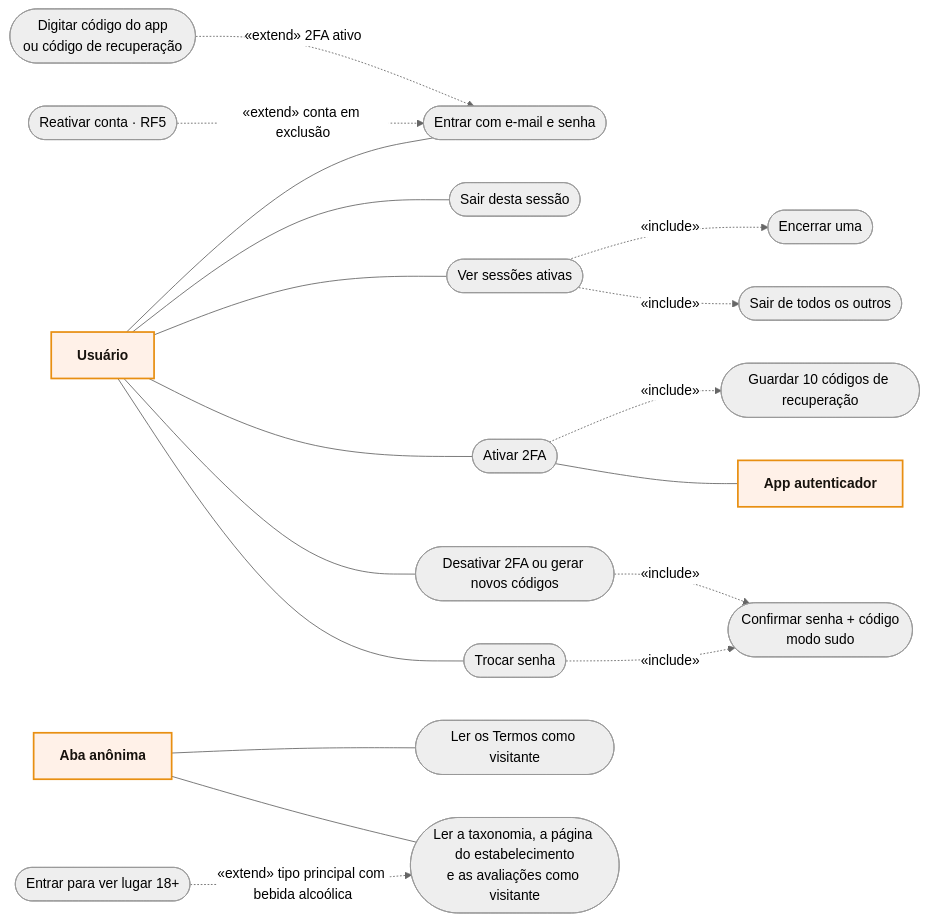
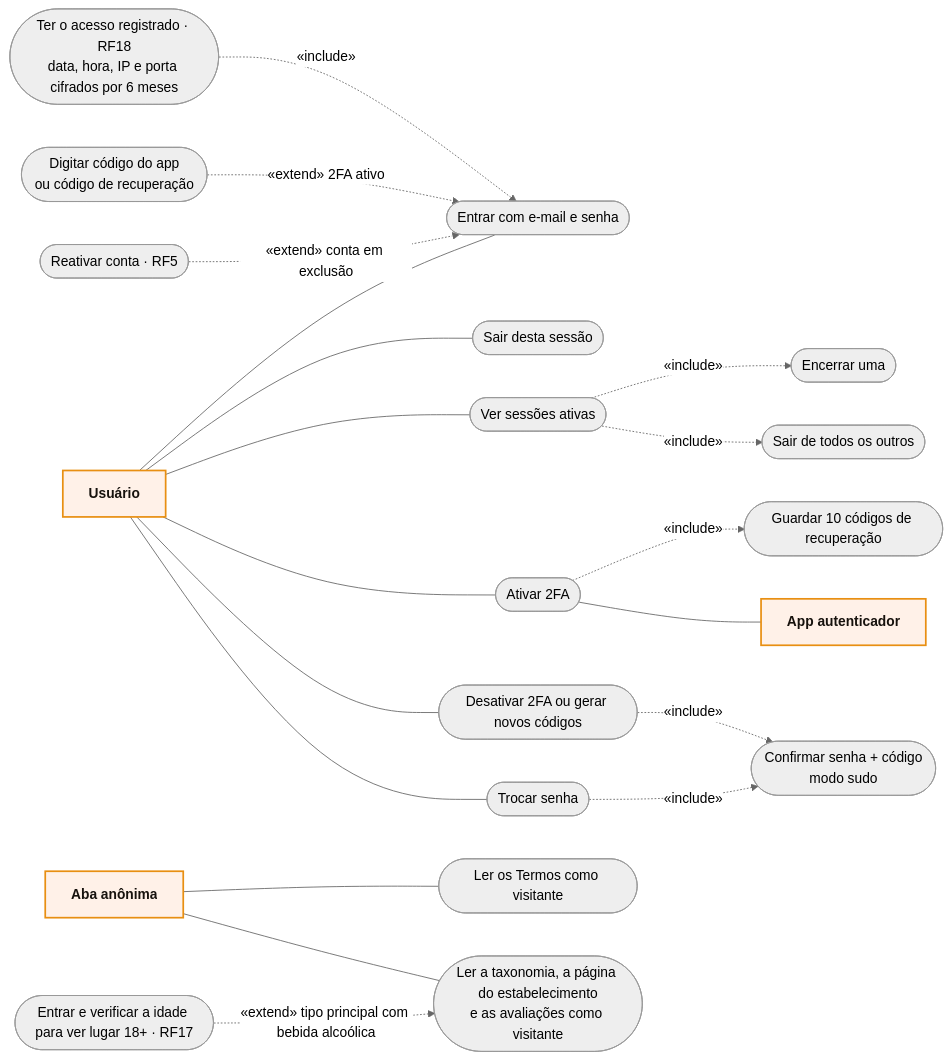
Before and after one commit to MatheusHaliski/Friendly-Eats: the diagram in docs/RF4/casos-de-uso.md, drawn with Mermaid (neutral theme). The commit also changed 45 other files, not shown here.

````diff
--- a/docs/RF4/casos-de-uso.md
+++ b/docs/RF4/casos-de-uso.md
@@ -3,37 +3,39 @@
 ```mermaid
 flowchart LR
     U["Usuário"]:::actor
     A["Aba anônima"]:::actor
 
     L(["Entrar com e-mail e senha"])
     M(["Digitar código do app<br/>ou código de recuperação"])
     R(["Reativar conta · RF5"])
     O(["Sair desta sessão"])
     S(["Ver sessões ativas"])
     S1(["Encerrar uma"])
     S2(["Sair de todos os outros"])
     F(["Ativar 2FA"])
     F2(["Guardar 10 códigos de recuperação"])
     D(["Desativar 2FA ou gerar novos códigos"])
     SU(["Confirmar senha + código<br/>modo sudo"])
     P(["Trocar senha"])
     X(["Ler os Termos como visitante"])
     XT(["Ler a taxonomia, a página do estabelecimento<br/>e as avaliações como visitante"])
-    X18(["Entrar para ver lugar 18+"])
+    X18(["Entrar e verificar a idade para ver lugar 18+ · RF17"])
+    RA(["Ter o acesso registrado · RF18<br/>data, hora, IP e porta cifrados por 6 meses"])
 
     APP["App autenticador"]:::actor
 
     U --- L & O & S & F & D & P
+    RA -. «include» .-> L
     A --- X & XT
     X18 -. «extend» tipo principal com bebida alcoólica .-> XT
     M -. «extend» 2FA ativo .-> L
     R -. «extend» conta em exclusão .-> L
     S -. «include» .-> S1
     S -. «include» .-> S2
     F -. «include» .-> F2
     D -. «include» .-> SU
     P -. «include» .-> SU
     F --- APP
 
     classDef actor fill:#FFF1E8,stroke:#E88F12,stroke-width:2px,color:#17120D,font-weight:bold
 ```
````
